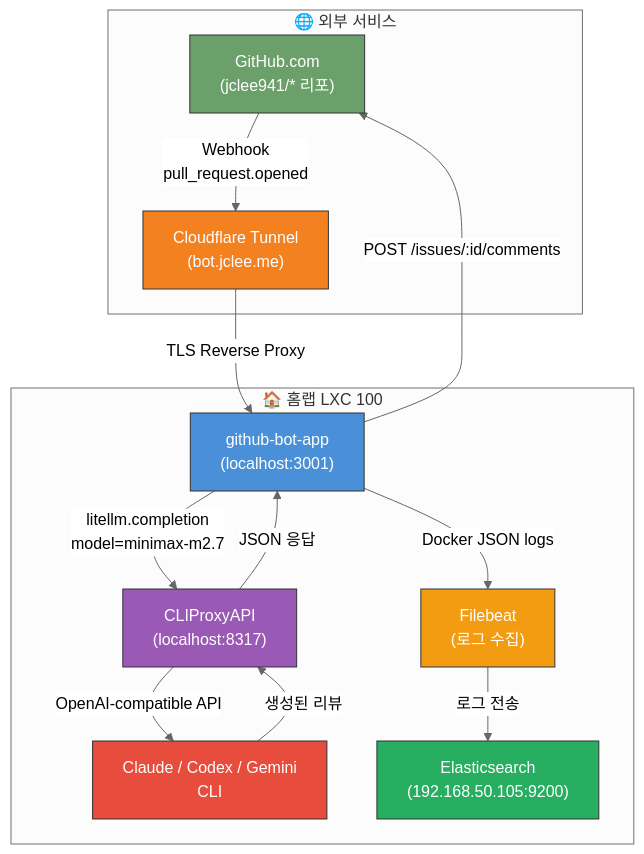
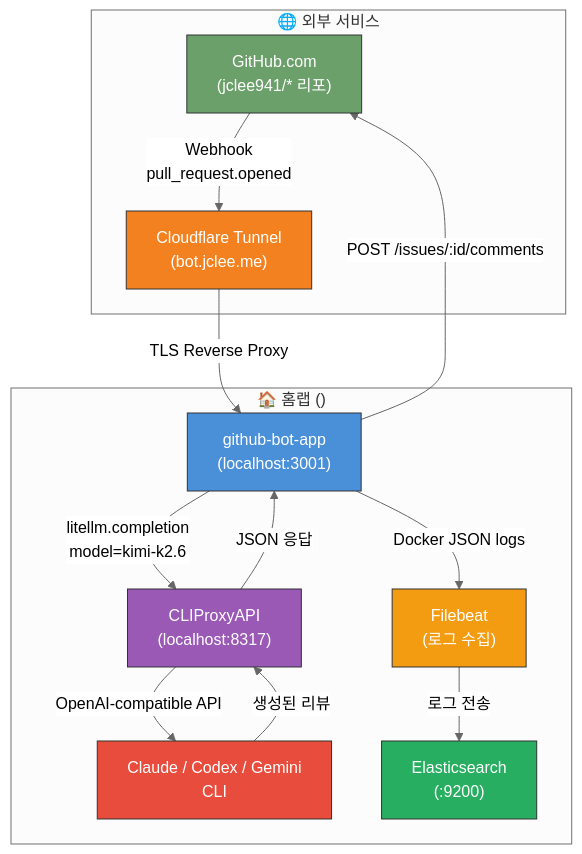
Before and after one commit to jclee941/.github: the first of 10 diagrams in docs/architecture.md, drawn with Mermaid (neutral theme). The commit also changed other lines of this file and 11 other files, not shown here.

First line of the commit message:
docs: fix broken config references and upgrade legacy markdown diagrams

````diff
--- a/docs/architecture.md
+++ b/docs/architecture.md
@@ -10,33 +10,33 @@
 ```mermaid
 flowchart TB
     subgraph 외부_서비스["🌐 외부 서비스"]
         GH["GitHub.com<br/>(jclee941/* 리포)"]
         CF["Cloudflare Tunnel<br/>(bot.jclee.me)"]
     end
 
-    subgraph 홈랩_LXC100["🏠 홈랩 LXC 100"]
+    subgraph 홈랩["🏠 홈랩 (<homelab-host>)"]
         WEB["github-bot-app<br/>(localhost:3001)"]
         PROXY["CLIProxyAPI<br/>(localhost:8317)"]
         LLM["Claude / Codex / Gemini<br/>CLI"]
         FB["Filebeat<br/>(로그 수집)"]
-        ES["Elasticsearch<br/>(192.168.50.105:9200)"]
+        ES["Elasticsearch<br/>(<homelab-elk>:9200)"]
     end
 
     GH -->|"Webhook<br/>pull_request.opened"| CF
     CF -->|"TLS Reverse Proxy"| WEB
-    WEB -->|"litellm.completion<br/>model=minimax-m2.7"| PROXY
+    WEB -->|"litellm.completion<br/>model=kimi-k2.6"| PROXY
     WEB -->|"Docker JSON logs"| FB
     FB -->|"로그 전송"| ES
     PROXY -->|"OpenAI-compatible API"| LLM
     LLM -->|"생성된 리뷰"| PROXY
     PROXY -->|"JSON 응답"| WEB
     WEB -->|"POST /issues/:id/comments"| GH
 
     style GH fill:#6ba06a,stroke:#333,color:#fff
     style CF fill:#f48120,stroke:#333,color:#fff
-style WEB fill:#4a90d9,stroke:#333,color:#fff
-style PROXY fill:#9b59b6,stroke:#333,color:#fff
-style LLM fill:#e74c3c,stroke:#333,color:#fff
-style FB fill:#f39c12,stroke:#333,color:#fff
-style ES fill:#27ae60,stroke:#333,color:#fff
+    style WEB fill:#4a90d9,stroke:#333,color:#fff
+    style PROXY fill:#9b59b6,stroke:#333,color:#fff
+    style LLM fill:#e74c3c,stroke:#333,color:#fff
+    style FB fill:#f39c12,stroke:#333,color:#fff
+    style ES fill:#27ae60,stroke:#333,color:#fff
 ```
````
